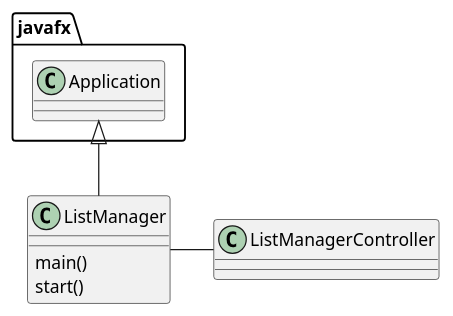
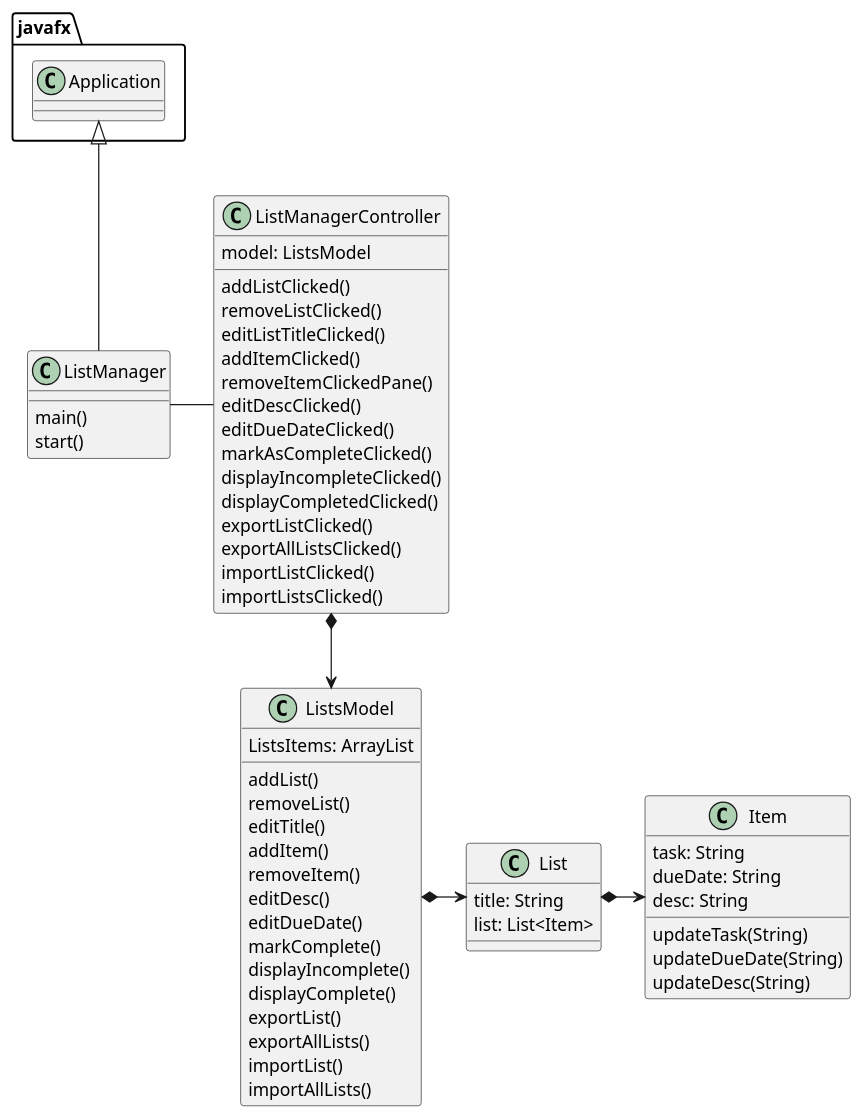
Before and after one commit to liamp616/pido-cop3330-assignment4: the diagram in uml/ClassDiagram.puml, drawn with PlantUML. The commit also changed 7 other files, not shown here.

```diff
--- a/uml/ClassDiagram.puml
+++ b/uml/ClassDiagram.puml
@@ -1,17 +1,69 @@
 @startuml
 'https://plantuml.com/class-diagram
 
 class ListManager {
     main()
     start()
 }
 
 class ListManagerController {
+    model: ListsModel
 
+    addListClicked()
+    removeListClicked()
+    editListTitleClicked()
+    addItemClicked()
+    removeItemClickedPane()
+    editDescClicked()
+    editDueDateClicked()
+    markAsCompleteClicked()
+    displayIncompleteClicked()
+    displayCompletedClicked()
+    exportListClicked()
+    exportAllListsClicked()
+    importListClicked()
+    importListsClicked()
+}
+
+class ListsModel {
+    ListsItems: ArrayList
+
+    addList()
+    removeList()
+    editTitle()
+    addItem()
+    removeItem()
+    editDesc()
+    editDueDate()
+    markComplete()
+    displayIncomplete()
+    displayComplete()
+    exportList()
+    exportAllLists()
+    importList()
+    importAllLists()
+}
+
+class Item {
+    task: String
+    dueDate: String
+    desc: String
+
+    updateTask(String)
+    updateDueDate(String)
+    updateDesc(String)
+}
+
+class List {
+    title: String
+    list: List<Item>
 }
 
 javafx.Application <|-- ListManager
 
 ListManager - ListManagerController
+ListManagerController *--> ListsModel
+ListsModel *-> List
+List *-> Item
 
 @enduml
```
